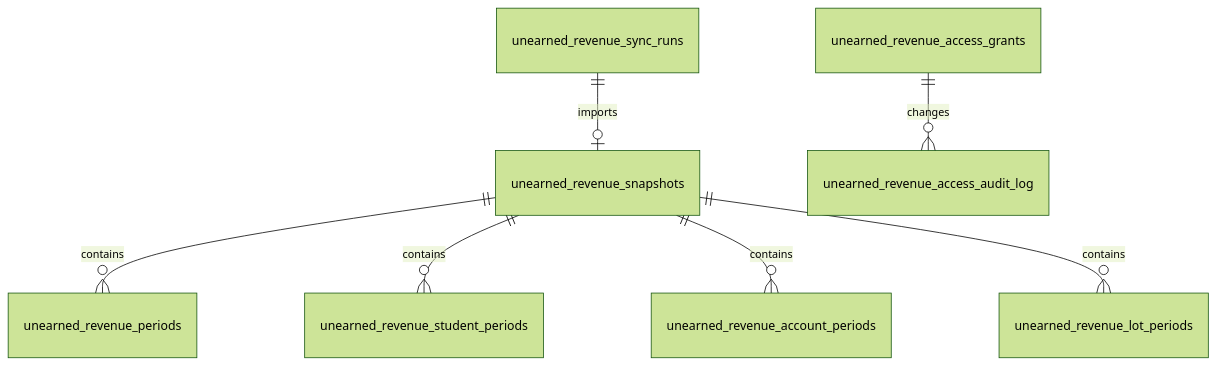
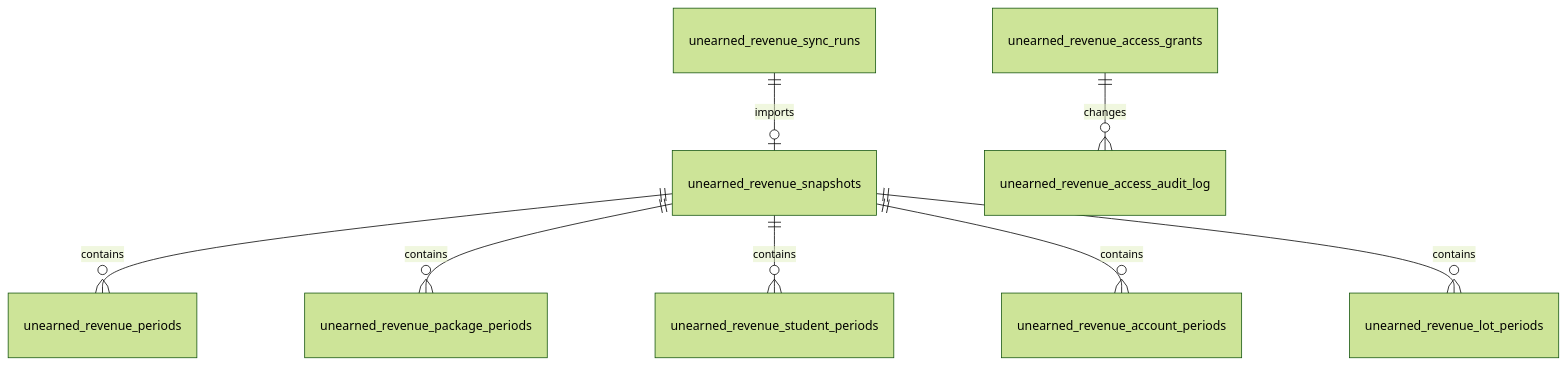
Before and after one commit to kasheesh711/bgscheduler: the diagram in docs/reference/database/erd-unearned-revenue.md, drawn with Mermaid (forest theme). The commit also changed other lines of this file and 20 other files, not shown here.

````diff
--- a/docs/reference/database/erd-unearned-revenue.md
+++ b/docs/reference/database/erd-unearned-revenue.md
@@ -6,9 +6,10 @@
 ```mermaid
 erDiagram
   unearned_revenue_sync_runs ||--o| unearned_revenue_snapshots : imports
   unearned_revenue_snapshots ||--o{ unearned_revenue_periods : contains
+  unearned_revenue_snapshots ||--o{ unearned_revenue_package_periods : contains
   unearned_revenue_snapshots ||--o{ unearned_revenue_student_periods : contains
   unearned_revenue_snapshots ||--o{ unearned_revenue_account_periods : contains
   unearned_revenue_snapshots ||--o{ unearned_revenue_lot_periods : contains
   unearned_revenue_access_grants ||--o{ unearned_revenue_access_audit_log : changes
 ```
````
